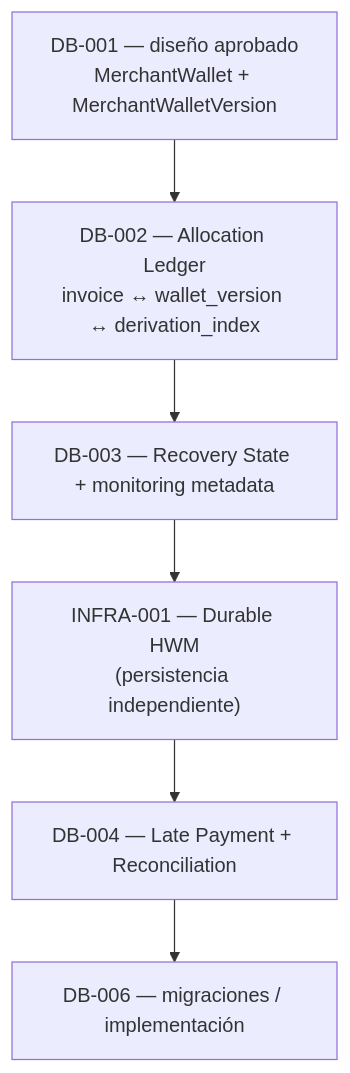
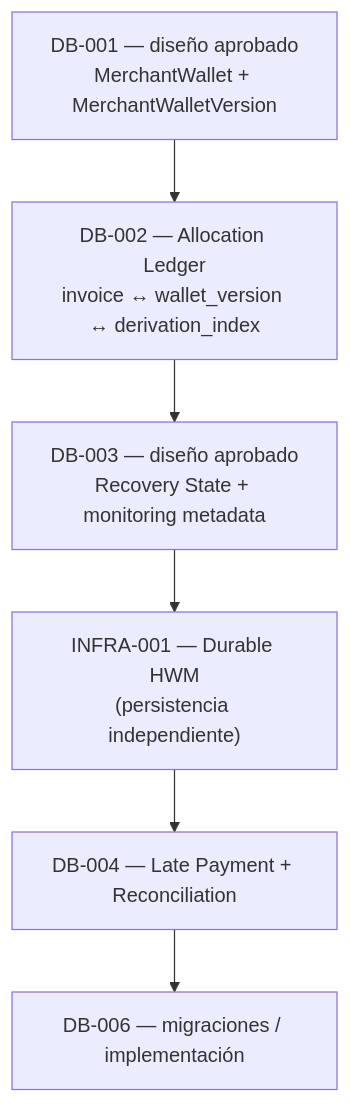
The diagram in docs/architecture/15-future-roadmap.md (arcenioLupin/floweypay), drawn with Mermaid before and after one commit. The commit also changed other lines of this file and 7 other files, not shown here.

Commit message:
docs: define recovery state and descriptor monitoring model

````diff
--- a/docs/architecture/15-future-roadmap.md
+++ b/docs/architecture/15-future-roadmap.md
@@ -32,10 +32,10 @@
 ```mermaid
 flowchart TB
     DB001["DB-001 — diseño aprobado<br/>MerchantWallet + MerchantWalletVersion"]
     DB002["DB-002 — Allocation Ledger<br/>invoice ↔ wallet_version ↔ derivation_index"]
-    DB003["DB-003 — Recovery State + monitoring metadata"]
+    DB003["DB-003 — diseño aprobado<br/>Recovery State + monitoring metadata"]
     INFRA001["INFRA-001 — Durable HWM<br/>(persistencia independiente)"]
     DB004["DB-004 — Late Payment + Reconciliation"]
     DB006["DB-006 — migraciones / implementación"]
     DB001 --> DB002 --> DB003 --> INFRA001 --> DB004 --> DB006
 ```
````
